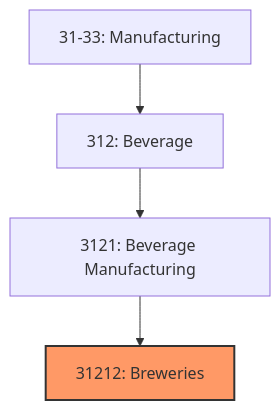
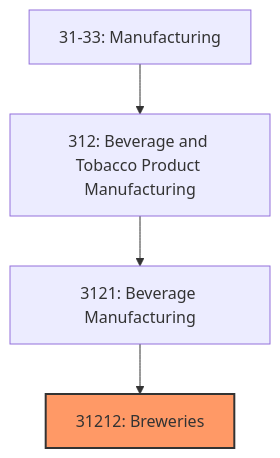
The first of 3 diagrams in industries/Manufacturing/Beverage/BeverageManufacturing/Breweries.mdx (kziemski/business.org.ai), drawn with Mermaid before and after one commit. The commit also changed other lines of this file and 19 other files, not shown here.

First line of the commit message:
feat: enrich industry files and add sequence diagrams to processes

````diff
--- a/industries/Manufacturing/Beverage/BeverageManufacturing/Breweries.mdx
+++ b/industries/Manufacturing/Beverage/BeverageManufacturing/Breweries.mdx
@@ -20,8 +28,8 @@
 ```mermaid
 graph TD
     S31["31-33: Manufacturing"]
-    S31 --> N312["312: Beverage"]
+    S31 --> N312["312: Beverage and Tobacco Product Manufacturing"]
     N312 --> N3121["3121: Beverage Manufacturing"]
     N3121 --> N31212["31212: Breweries"]
     style N31212 fill:#f96,stroke:#333,stroke-width:2px
 ```
````
